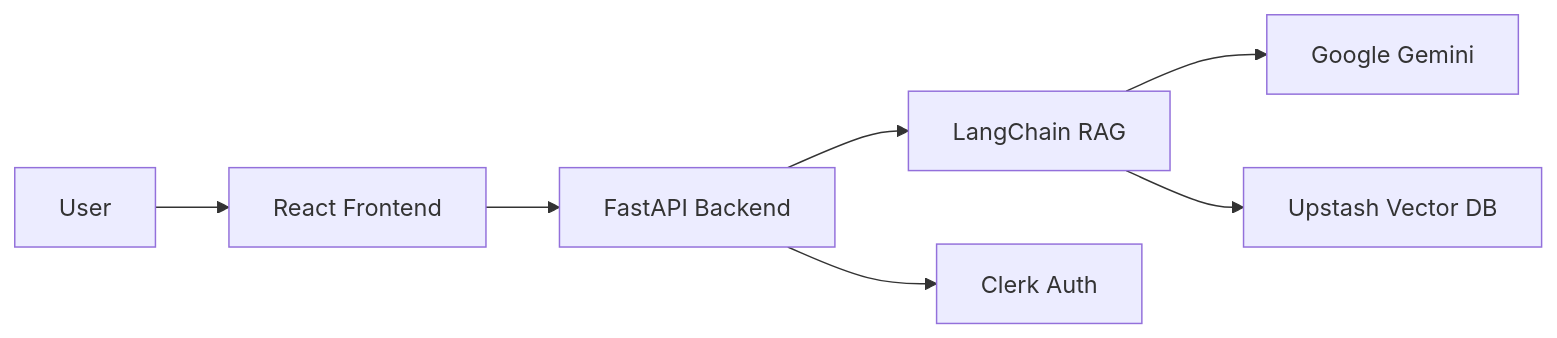
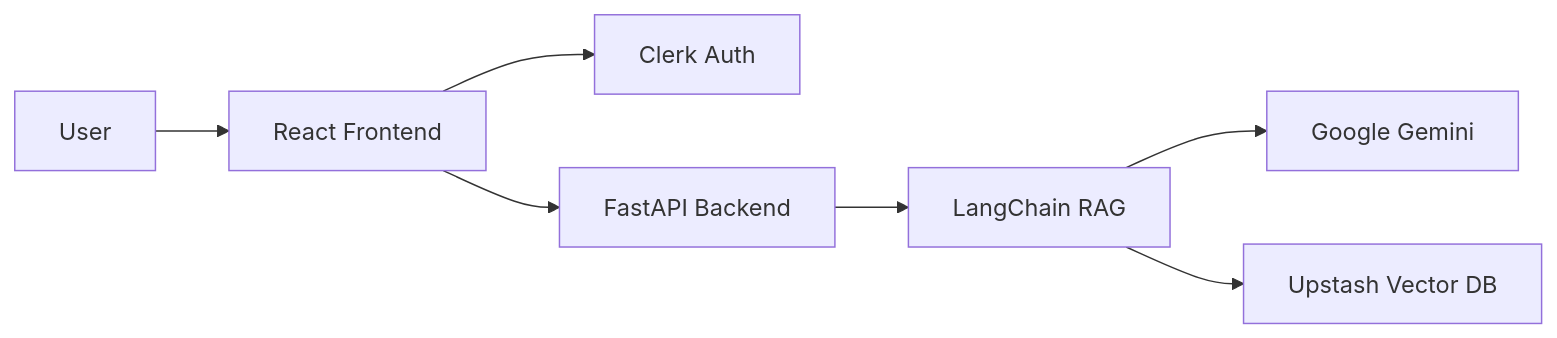
One commit to noturbob/doctype.io changed the diagram in README.md. Above: the diagram before and after it, drawn with Mermaid. The commit also changed other lines of this file and 1 other file, not shown here.

````diff
--- a/README.md
+++ b/README.md
@@ -51,9 +51,9 @@
 ```mermaid
 graph LR
     A[User] --> B[React Frontend]
+    B --> G[Clerk Auth]
     B --> C[FastAPI Backend]
     C --> D[LangChain RAG]
     D --> E[Google Gemini]
     D --> F[Upstash Vector DB]
-    C --> G[Clerk Auth]
 ```
````
